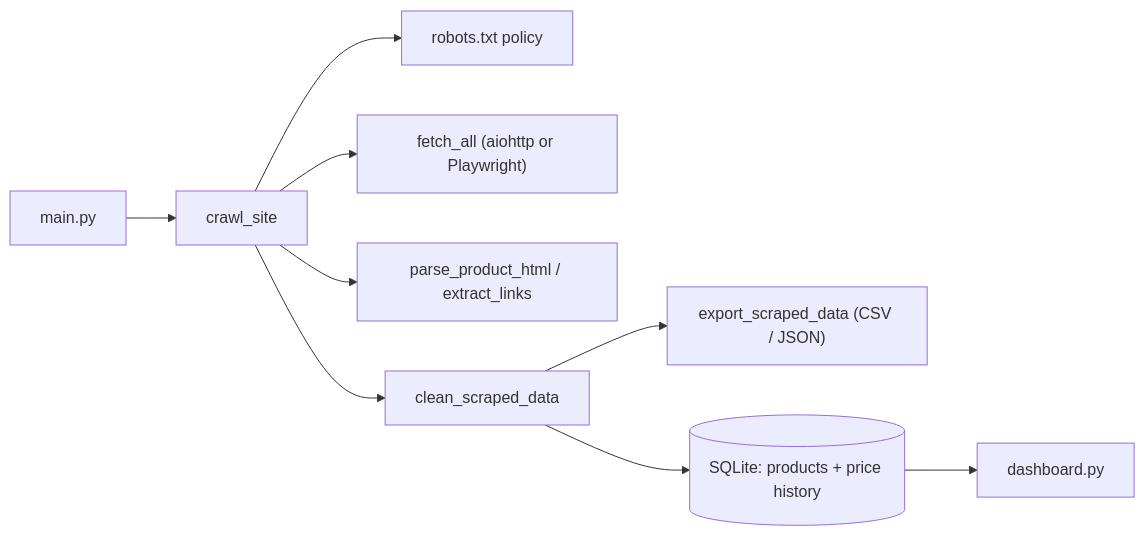
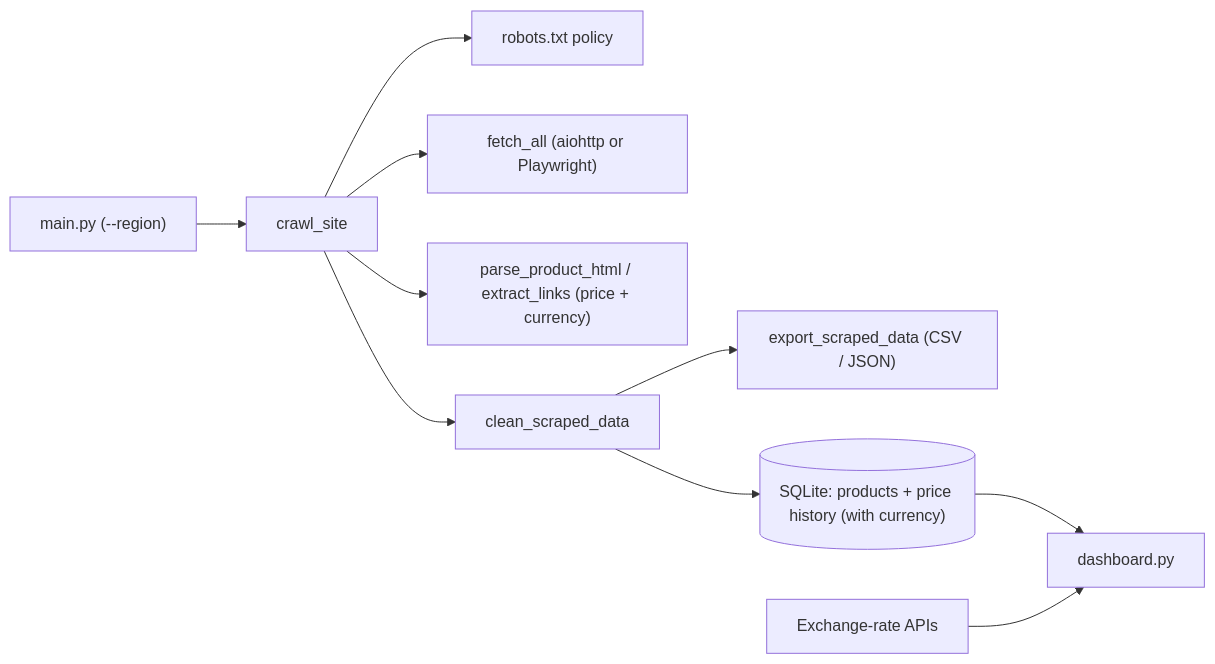
One commit to issikaaymeric/async_web_scrapper_pipeline changed the diagram in README.md. Above: the diagram before and after it, drawn with Mermaid. The commit also changed other lines of this file, not shown here.

````diff
--- a/README.md
+++ b/README.md
@@ -27,11 +29,12 @@
 ```mermaid
 flowchart LR
-    CLI["main.py"] --> CRAWL["crawl_site"]
+    CLI["main.py (--region)"] --> CRAWL["crawl_site"]
     CRAWL --> ROBOTS["robots.txt policy"]
     CRAWL --> FETCH["fetch_all (aiohttp or Playwright)"]
-    CRAWL --> PARSE["parse_product_html / extract_links"]
+    CRAWL --> PARSE["parse_product_html / extract_links (price + currency)"]
     CRAWL --> CLEAN["clean_scraped_data"]
     CLEAN --> EXPORT["export_scraped_data (CSV / JSON)"]
-    CLEAN --> DB[("SQLite: products + price history")]
+    CLEAN --> DB[("SQLite: products + price history (with currency)")]
     DB --> DASH["dashboard.py"]
+    RATES["Exchange-rate APIs"] --> DASH
 ```
````
